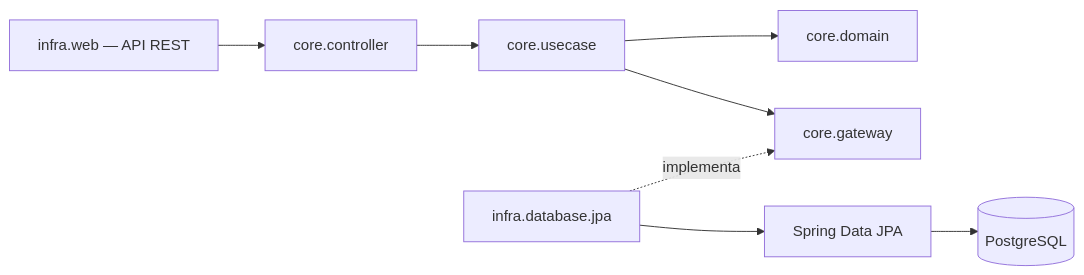
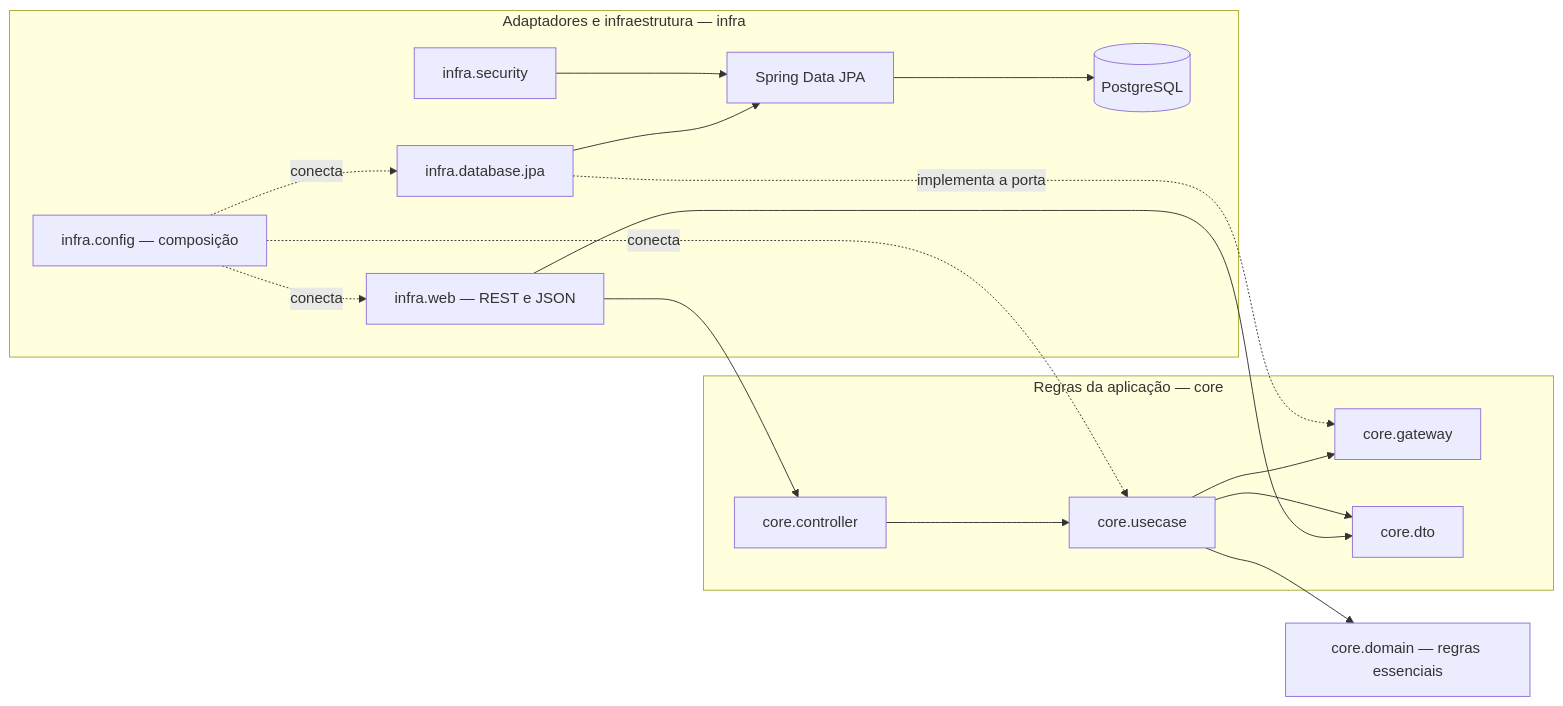
One commit to Czochralski/Pos-FIAP-Fase-2 changed the diagram in README.md. Above: the diagram before and after it, drawn with Mermaid. The commit also changed other lines of this file and 1 other file, not shown here.

Commit message:
Ajuste no readme

````diff
--- a/README.md
+++ b/README.md
@@ -61,10 +74,33 @@
 ```mermaid
 flowchart LR
-    Web[infra.web — API REST] --> Controller[core.controller]
-    Controller --> UseCase[core.usecase]
-    UseCase --> Domain[core.domain]
-    UseCase --> Gateway[core.gateway]
-    Jpa[infra.database.jpa] -. implementa .-> Gateway
-    Jpa --> Repository[Spring Data JPA]
-    Repository --> Database[(PostgreSQL)]
+    subgraph Infra[Adaptadores e infraestrutura — infra]
+        Web[infra.web — REST e JSON]
+        Security[infra.security]
+        Jpa[infra.database.jpa]
+        Repository[Spring Data JPA]
+        Database[(PostgreSQL)]
+        Config[infra.config — composição]
+    end
+
+    subgraph Application[Regras da aplicação — core]
+        Controller[core.controller]
+        UseCase[core.usecase]
+        Port[core.gateway]
+        Dto[core.dto]
+    end
+
+    Domain[core.domain — regras essenciais]
+
+    Web --> Controller
+    Web --> Dto
+    Controller --> UseCase
+    UseCase --> Domain
+    UseCase --> Dto
+    UseCase --> Port
+    Jpa -. implementa a porta .-> Port
+    Jpa --> Repository --> Database
+    Security --> Repository
+    Config -. conecta .-> Web
+    Config -. conecta .-> UseCase
+    Config -. conecta .-> Jpa
 ```
````
